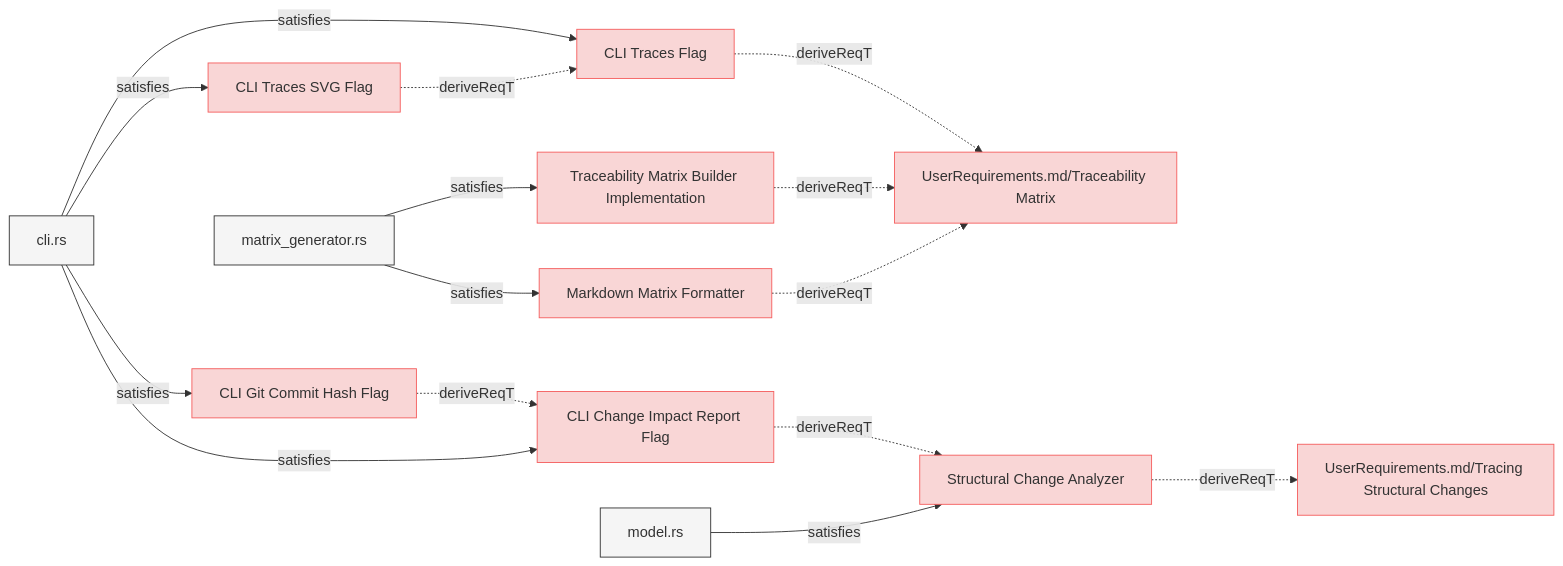
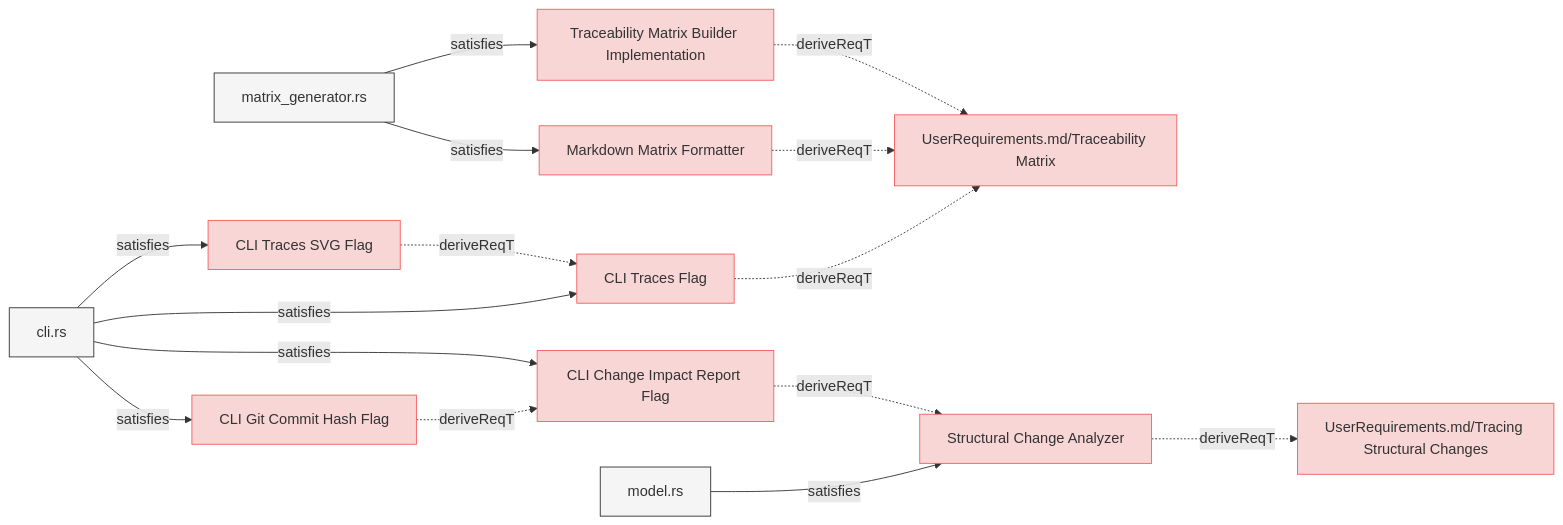
The sixth of 8 diagrams in specifications/SystemRequirements/Requirements.md (reqvire-org/reqvire), drawn with Mermaid before and after one commit. The commit also changed other lines of this file and 15 other files, not shown here.

Commit message:
Linted and new diagrams generated.

````diff
--- a/specifications/SystemRequirements/Requirements.md
+++ b/specifications/SystemRequirements/Requirements.md
@@ -728,59 +728,59 @@
 ```mermaid
 graph LR;
   %% Graph styling
   classDef requirement fill:#f9d6d6,stroke:#f55f5f,stroke-width:1px;
   classDef verification fill:#d6f9d6,stroke:#5fd75f,stroke-width:1px;
   classDef externalLink fill:#d0e0ff,stroke:#3080ff,stroke-width:1px;
   classDef default fill:#f5f5f5,stroke:#333333,stroke-width:1px;
 
-  cdab2d3174ce86a9["CLI Traces Flag"];
-  click cdab2d3174ce86a9 "https://github.com/Reqvire/reqvire/blob/f18e52f9f88c64f67a79abc4e93eb74b3ec22615/specifications/SystemRequirements/Requirements.md#cli-traces-flag";
-  class cdab2d3174ce86a9 requirement;
+  a8066f495e5ed5dd["Traceability Matrix Builder Implementation"];
+  click a8066f495e5ed5dd "https://github.com/Reqvire/reqvire/blob/b8c43d2689b933838bf1838d8a4cdf3393c9014f/specifications/SystemRequirements/Requirements.md#traceability-matrix-builder-implementation";
+  class a8066f495e5ed5dd requirement;
   c5b8a7944b6943e2["UserRequirements.md/Traceability Matrix"];
   class c5b8a7944b6943e2 requirement;
-  click c5b8a7944b6943e2 "https://github.com/Reqvire/reqvire/blob/f18e52f9f88c64f67a79abc4e93eb74b3ec22615/specifications/UserRequirements.md#traceability-matrix";
-  cdab2d3174ce86a9 -.->|deriveReqT| c5b8a7944b6943e2;
-  2f21d2133dbfd205["cli.rs"];
-  class 2f21d2133dbfd205 default;
-  click 2f21d2133dbfd205 "https://github.com/Reqvire/reqvire/blob/f18e52f9f88c64f67a79abc4e93eb74b3ec22615/cli/src/cli.rs";
-  2f21d2133dbfd205 -->|satisfies| cdab2d3174ce86a9;
-  79259d512a5c44a6["CLI Git Commit Hash Flag"];
-  click 79259d512a5c44a6 "https://github.com/Reqvire/reqvire/blob/f18e52f9f88c64f67a79abc4e93eb74b3ec22615/specifications/SystemRequirements/Requirements.md#cli-git-commit-hash-flag";
-  class 79259d512a5c44a6 requirement;
-  c020978403254f09["CLI Change Impact Report Flag"];
-  class c020978403254f09 requirement;
-  click c020978403254f09 "https://github.com/Reqvire/reqvire/blob/f18e52f9f88c64f67a79abc4e93eb74b3ec22615/specifications/SystemRequirements/Requirements.md#cli-change-impact-report-flag";
-  79259d512a5c44a6 -.->|deriveReqT| c020978403254f09;
-  2f21d2133dbfd205 -->|satisfies| 79259d512a5c44a6;
-  a8066f495e5ed5dd["Traceability Matrix Builder Implementation"];
-  click a8066f495e5ed5dd "https://github.com/Reqvire/reqvire/blob/f18e52f9f88c64f67a79abc4e93eb74b3ec22615/specifications/SystemRequirements/Requirements.md#traceability-matrix-builder-implementation";
-  class a8066f495e5ed5dd requirement;
+  click c5b8a7944b6943e2 "https://github.com/Reqvire/reqvire/blob/b8c43d2689b933838bf1838d8a4cdf3393c9014f/specifications/UserRequirements.md#traceability-matrix";
   a8066f495e5ed5dd -.->|deriveReqT| c5b8a7944b6943e2;
   4966ff561112ec56["matrix_generator.rs"];
   class 4966ff561112ec56 default;
-  click 4966ff561112ec56 "https://github.com/Reqvire/reqvire/blob/f18e52f9f88c64f67a79abc4e93eb74b3ec22615/core/src/matrix_generator.rs";
+  click 4966ff561112ec56 "https://github.com/Reqvire/reqvire/blob/b8c43d2689b933838bf1838d8a4cdf3393c9014f/core/src/matrix_generator.rs";
   4966ff561112ec56 -->|satisfies| a8066f495e5ed5dd;
+  c020978403254f09["CLI Change Impact Report Flag"];
+  click c020978403254f09 "https://github.com/Reqvire/reqvire/blob/b8c43d2689b933838bf1838d8a4cdf3393c9014f/specifications/SystemRequirements/Requirements.md#cli-change-impact-report-flag";
+  class c020978403254f09 requirement;
+  48e08ff33bc860c5["Structural Change Analyzer"];
+  class 48e08ff33bc860c5 requirement;
+  click 48e08ff33bc860c5 "https://github.com/Reqvire/reqvire/blob/b8c43d2689b933838bf1838d8a4cdf3393c9014f/specifications/SystemRequirements/Requirements.md#structural-change-analyzer";
+  c020978403254f09 -.->|deriveReqT| 48e08ff33bc860c5;
+  2f21d2133dbfd205["cli.rs"];
+  class 2f21d2133dbfd205 default;
+  click 2f21d2133dbfd205 "https://github.com/Reqvire/reqvire/blob/b8c43d2689b933838bf1838d8a4cdf3393c9014f/cli/src/cli.rs";
+  2f21d2133dbfd205 -->|satisfies| c020978403254f09;
+  9b9c33c7182d6eeb["UserRequirements.md/Tracing Structural Changes"];
+  class 9b9c33c7182d6eeb requirement;
+  click 9b9c33c7182d6eeb "https://github.com/Reqvire/reqvire/blob/b8c43d2689b933838bf1838d8a4cdf3393c9014f/specifications/UserRequirements.md#tracing-structural-changes";
+  48e08ff33bc860c5 -.->|deriveReqT| 9b9c33c7182d6eeb;
+  76acbdfdc0fba01e["model.rs"];
+  class 76acbdfdc0fba01e default;
+  click 76acbdfdc0fba01e "https://github.com/Reqvire/reqvire/blob/b8c43d2689b933838bf1838d8a4cdf3393c9014f/core/src/change_impact.rs";
+  76acbdfdc0fba01e -->|satisfies| 48e08ff33bc860c5;
   3b2f98c43f1ed3bb["Markdown Matrix Formatter"];
-  click 3b2f98c43f1ed3bb "https://github.com/Reqvire/reqvire/blob/f18e52f9f88c64f67a79abc4e93eb74b3ec22615/specifications/SystemRequirements/Requirements.md#markdown-matrix-formatter";
+  click 3b2f98c43f1ed3bb "https://github.com/Reqvire/reqvire/blob/b8c43d2689b933838bf1838d8a4cdf3393c9014f/specifications/SystemRequirements/Requirements.md#markdown-matrix-formatter";
   class 3b2f98c43f1ed3bb requirement;
   3b2f98c43f1ed3bb -.->|deriveReqT| c5b8a7944b6943e2;
   4966ff561112ec56 -->|satisfies| 3b2f98c43f1ed3bb;
-  48e08ff33bc860c5["Structural Change Analyzer"];
-  class 48e08ff33bc860c5 requirement;
-  click 48e08ff33bc860c5 "https://github.com/Reqvire/reqvire/blob/f18e52f9f88c64f67a79abc4e93eb74b3ec22615/specifications/SystemRequirements/Requirements.md#structural-change-analyzer";
-  c020978403254f09 -.->|deriveReqT| 48e08ff33bc860c5;
-  2f21d2133dbfd205 -->|satisfies| c020978403254f09;
   a0943a440707d910["CLI Traces SVG Flag"];
-  click a0943a440707d910 "https://github.com/Reqvire/reqvire/blob/f18e52f9f88c64f67a79abc4e93eb74b3ec22615/specifications/SystemRequirements/Requirements.md#cli-traces-svg-flag";
+  click a0943a440707d910 "https://github.com/Reqvire/reqvire/blob/b8c43d2689b933838bf1838d8a4cdf3393c9014f/specifications/SystemRequirements/Requirements.md#cli-traces-svg-flag";
   class a0943a440707d910 requirement;
+  cdab2d3174ce86a9["CLI Traces Flag"];
+  class cdab2d3174ce86a9 requirement;
+  click cdab2d3174ce86a9 "https://github.com/Reqvire/reqvire/blob/b8c43d2689b933838bf1838d8a4cdf3393c9014f/specifications/SystemRequirements/Requirements.md#cli-traces-flag";
   a0943a440707d910 -.->|deriveReqT| cdab2d3174ce86a9;
   2f21d2133dbfd205 -->|satisfies| a0943a440707d910;
-  9b9c33c7182d6eeb["UserRequirements.md/Tracing Structural Changes"];
-  class 9b9c33c7182d6eeb requirement;
-  click 9b9c33c7182d6eeb "https://github.com/Reqvire/reqvire/blob/f18e52f9f88c64f67a79abc4e93eb74b3ec22615/specifications/UserRequirements.md#tracing-structural-changes";
-  48e08ff33bc860c5 -.->|deriveReqT| 9b9c33c7182d6eeb;
-  76acbdfdc0fba01e["model.rs"];
-  class 76acbdfdc0fba01e default;
-  click 76acbdfdc0fba01e "https://github.com/Reqvire/reqvire/blob/f18e52f9f88c64f67a79abc4e93eb74b3ec22615/core/src/change_impact.rs";
-  76acbdfdc0fba01e -->|satisfies| 48e08ff33bc860c5;
+  79259d512a5c44a6["CLI Git Commit Hash Flag"];
+  click 79259d512a5c44a6 "https://github.com/Reqvire/reqvire/blob/b8c43d2689b933838bf1838d8a4cdf3393c9014f/specifications/SystemRequirements/Requirements.md#cli-git-commit-hash-flag";
+  class 79259d512a5c44a6 requirement;
+  79259d512a5c44a6 -.->|deriveReqT| c020978403254f09;
+  2f21d2133dbfd205 -->|satisfies| 79259d512a5c44a6;
+  cdab2d3174ce86a9 -.->|deriveReqT| c5b8a7944b6943e2;
+  2f21d2133dbfd205 -->|satisfies| cdab2d3174ce86a9;
 ```
````
